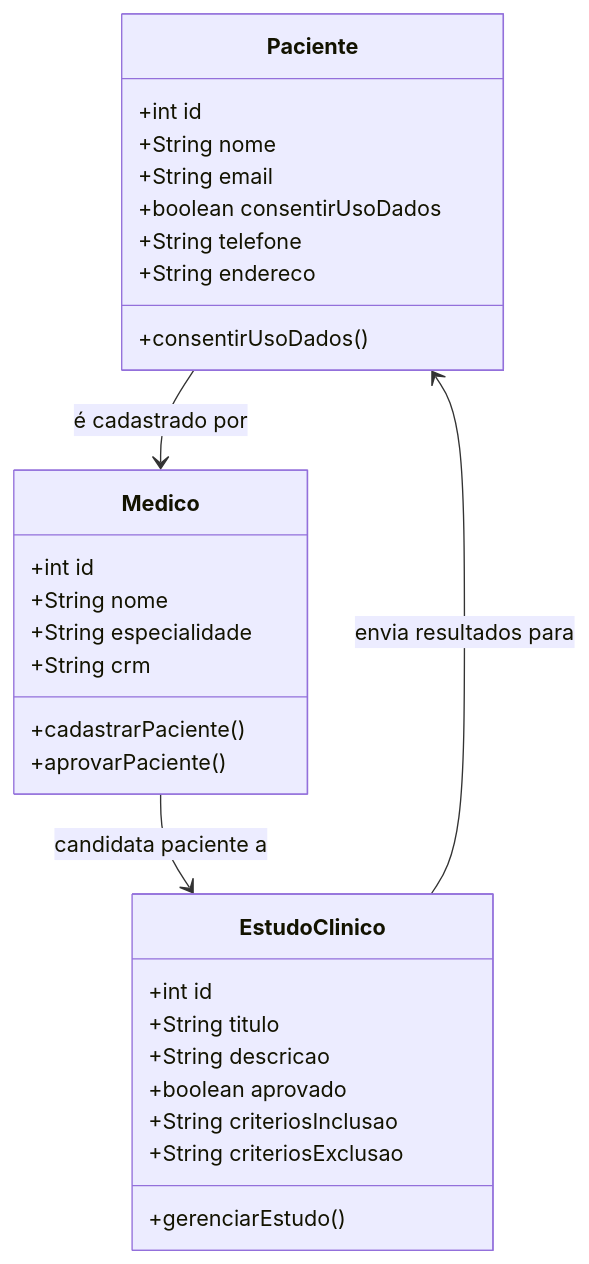
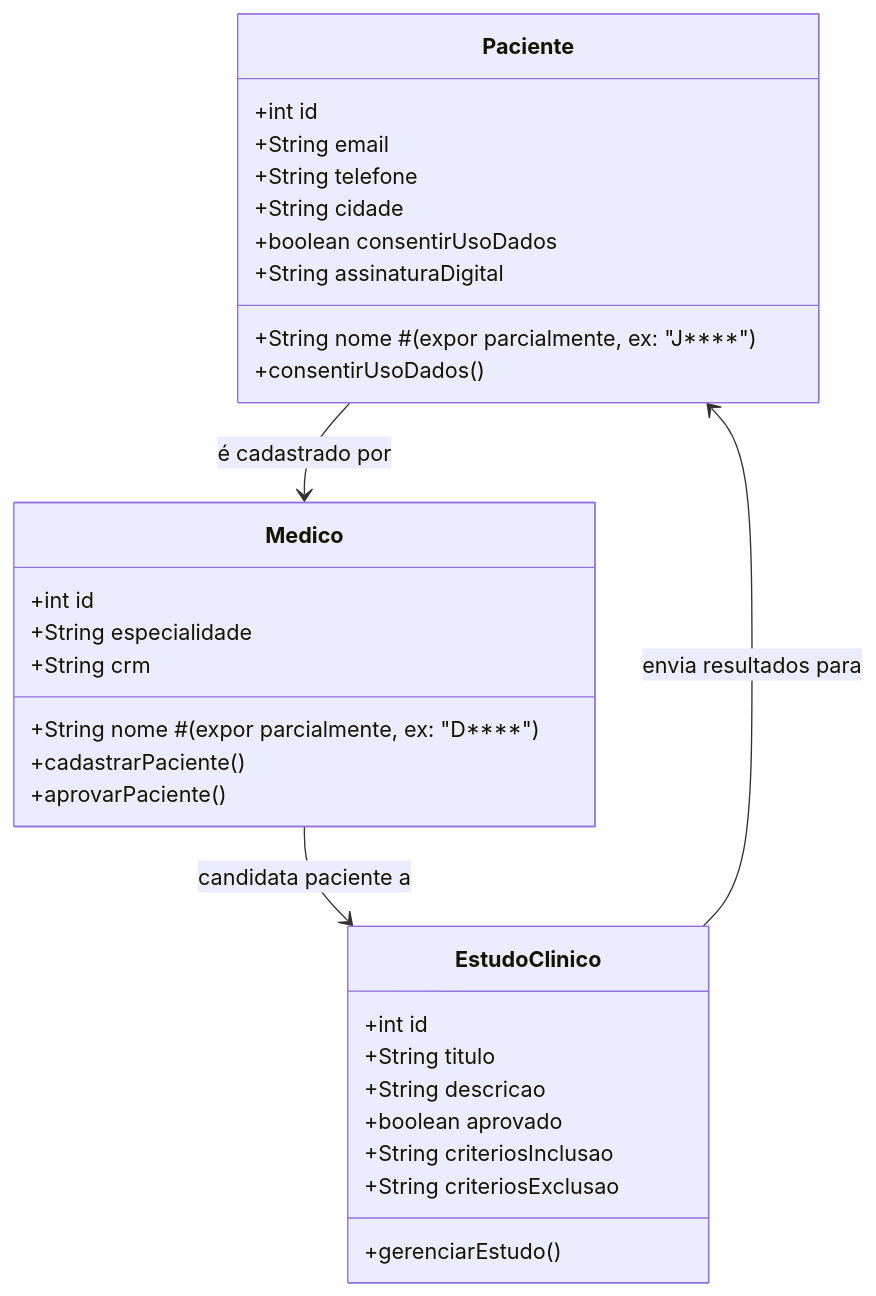
The fifth of 14 diagrams in README.md (andrefilipe1310/inovamed-), drawn with Mermaid before and after one commit.

````diff
--- a/README.md
+++ b/README.md
@@ -123,36 +123,37 @@
 ```mermaid
 classDiagram
   class Paciente {
     +int id
-    +String nome
+    +String nome # (expor parcialmente, ex: "J****")
     +String email
+    +String telefone
+    +String cidade
     +boolean consentirUsoDados
-    +String telefone
-    +String endereco
+    +String assinaturaDigital
     +consentirUsoDados()
   }
   
   class Medico {
     +int id
-    +String nome
+    +String nome # (expor parcialmente, ex: "D****")
     +String especialidade
     +String crm
     +cadastrarPaciente()
     +aprovarPaciente()
   }
 
   class EstudoClinico {
     +int id
     +String titulo
     +String descricao
     +boolean aprovado
     +String criteriosInclusao
     +String criteriosExclusao
     +gerenciarEstudo()
   }
   
   Paciente --> Medico : é cadastrado por
   Medico --> EstudoClinico : candidata paciente a
   EstudoClinico --> Paciente : envia resultados para
 
 ```
````
